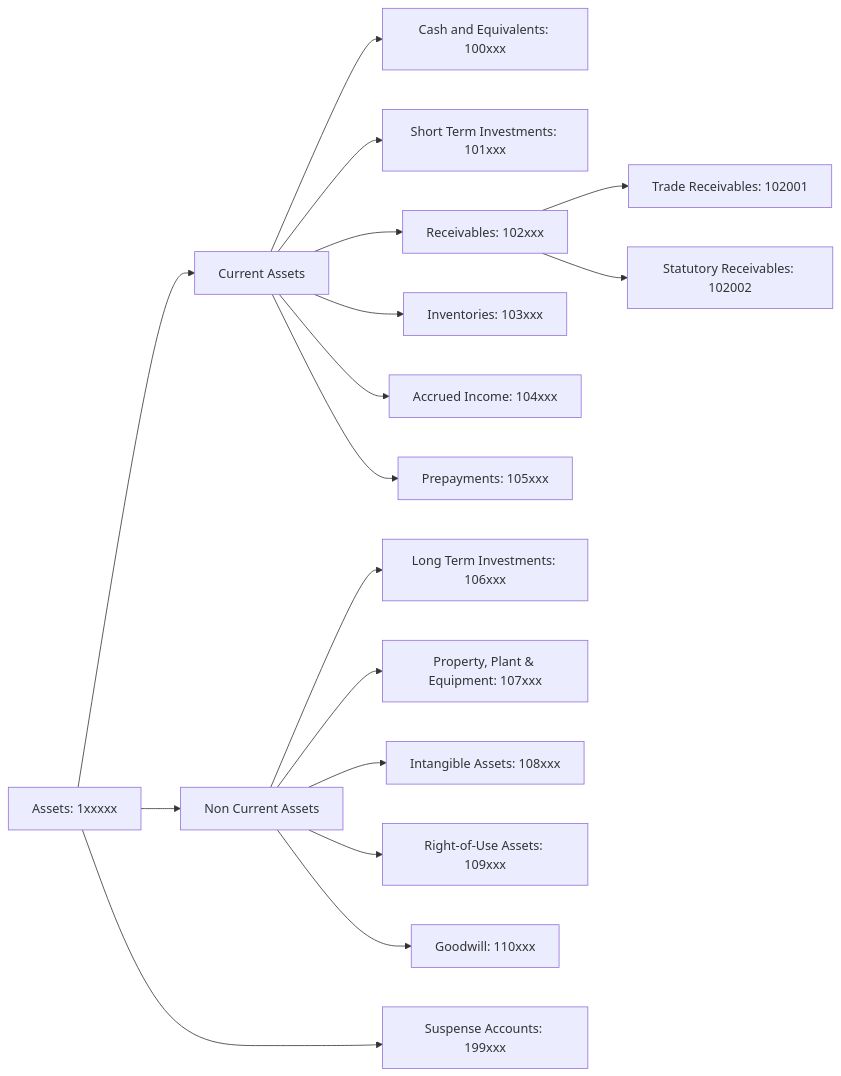
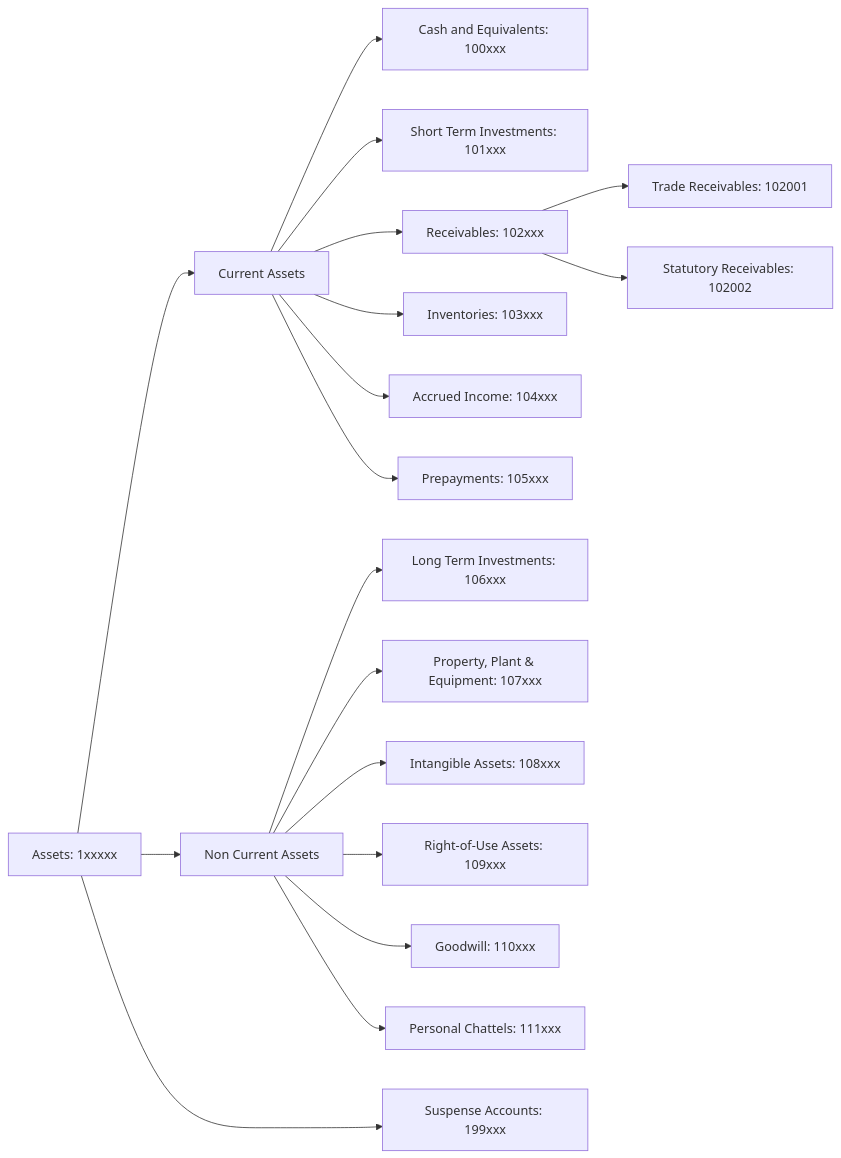
Before and after one commit to oosahon/ledgernova-core: the diagram in src/domain/accounting/__doc__/assets/coa-assets.mermaid, drawn with Mermaid. The commit also changed 2 other files, not shown here.

```diff
--- a/src/domain/accounting/__doc__/assets/coa-assets.mermaid
+++ b/src/domain/accounting/__doc__/assets/coa-assets.mermaid
@@ -1,26 +1,28 @@
 flowchart LR
     Assets["Assets: 1xxxxx"] --> CAssets & NCAssets & SuspenseAccounts
 
     SuspenseAccounts["Suspense Accounts: 199xxx"]
     CAssets["Current Assets"]  
         CAssets --> Cash["Cash and Equivalents: 100xxx"]
         CAssets --> STInvestments["Short Term Investments: 101xxx"]
         CAssets --> Receivables["Receivables: 102xxx"] 
             Receivables --> TradeReceivables["Trade Receivables: 102001"]
             Receivables --> StatutoryReceivables["Statutory Receivables: 102002"]
             
         CAssets --> Inventories["Inventories: 103xxx"]
         CAssets --> AccruedIncome["Accrued Income: 104xxx"]
         CAssets --> Prepayments["Prepayments: 105xxx"]
 
 
       
 
     NCAssets["Non Current Assets"]
         NCAssets --> LTInvestments["Long Term Investments: 106xxx"]
         NCAssets --> PPE["Property, Plant & Equipment: 107xxx"]
         NCAssets --> IntangibleAssets["Intangible Assets: 108xxx"]
         NCAssets --> ROU["Right-of-Use Assets: 109xxx"]
         NCAssets --> Goodwill["Goodwill: 110xxx"]
+        %% For individuals only
+        NCAssets --> PersonalChattels["Personal Chattels: 111xxx"] 
         
     NCAssets ~~~ SuspenseAccounts
```
